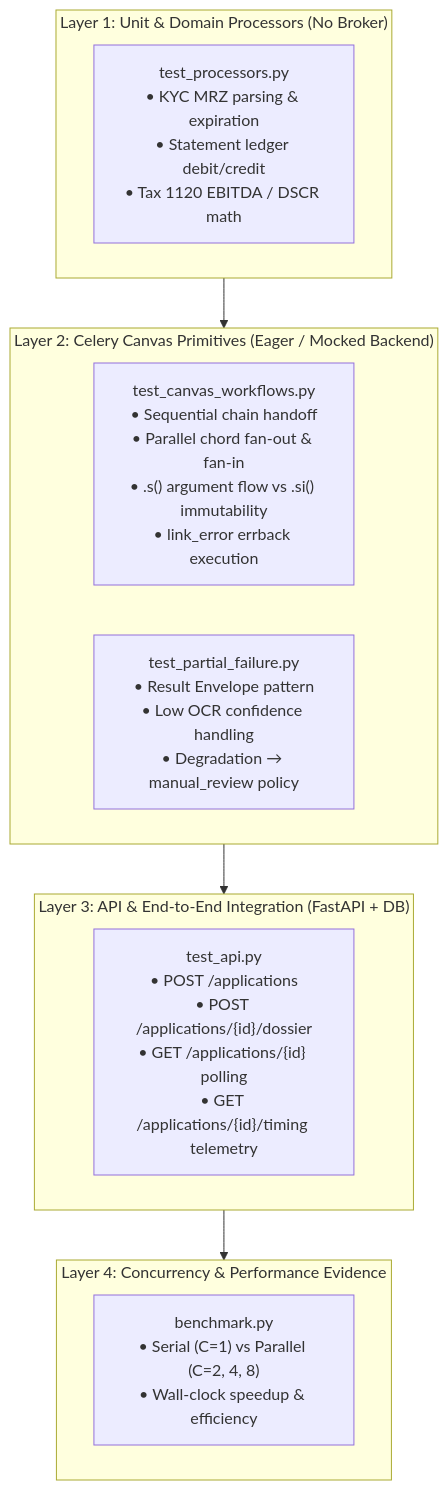
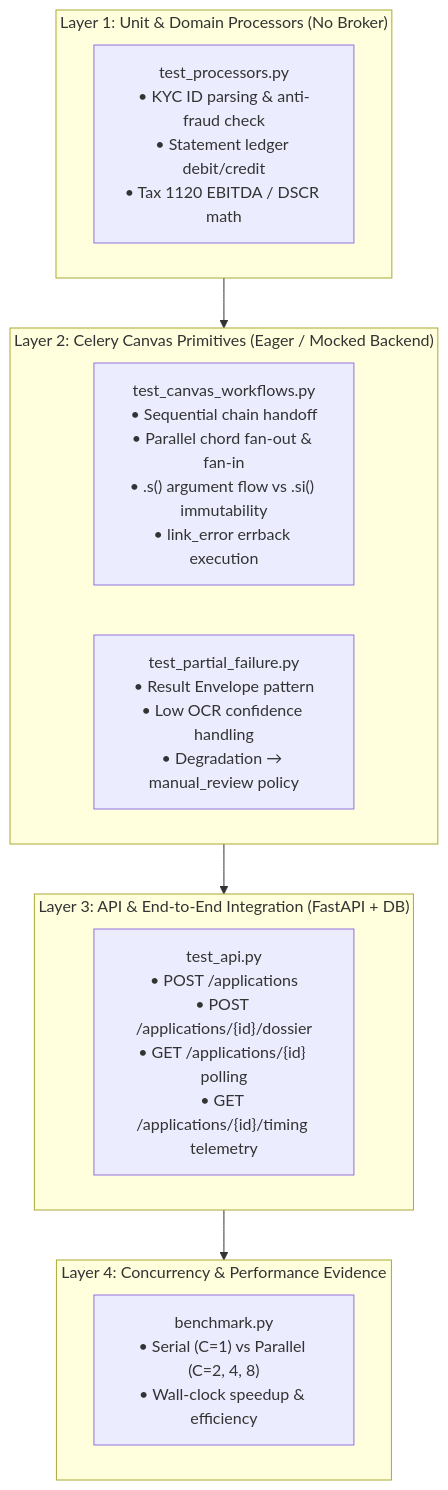
Before and after one commit to Santiagus/Python: the diagram in Celery/2_Advanced_Celery_Topics/02_workflows/TEST_PLAN.md, drawn with Mermaid. The commit also changed other lines of this file and 1 other file, not shown here.

Commit message:
chore: add some notes about the identity extraction & anti-fraud verification

````diff
--- a/Celery/2_Advanced_Celery_Topics/02_workflows/TEST_PLAN.md
+++ b/Celery/2_Advanced_Celery_Topics/02_workflows/TEST_PLAN.md
@@ -9,21 +13,22 @@
 ```mermaid
 flowchart TD
     subgraph L1["Layer 1: Unit & Domain Processors (No Broker)"]
         T1["test_processors.py<br/>• KYC MRZ parsing & expiration<br/>• Statement ledger debit/credit<br/>• Tax 1120 EBITDA / DSCR math"]
+        T1["test_processors.py<br/>• KYC ID parsing & anti-fraud check<br/>• Statement ledger debit/credit<br/>• Tax 1120 EBITDA / DSCR math"]
     end
 
     subgraph L2["Layer 2: Celery Canvas Primitives (Eager / Mocked Backend)"]
         T2["test_canvas_workflows.py<br/>• Sequential chain handoff<br/>• Parallel chord fan-out & fan-in<br/>• .s() argument flow vs .si() immutability<br/>• link_error errback execution"]
         T3["test_partial_failure.py<br/>• Result Envelope pattern<br/>• Low OCR confidence handling<br/>• Degradation → manual_review policy"]
     end
 
     subgraph L3["Layer 3: API & End-to-End Integration (FastAPI + DB)"]
         T4["test_api.py<br/>• POST /applications<br/>• POST /applications/{id}/dossier<br/>• GET /applications/{id} polling<br/>• GET /applications/{id}/timing telemetry"]
     end
 
     subgraph L4["Layer 4: Concurrency & Performance Evidence"]
         T5["benchmark.py<br/>• Serial (C=1) vs Parallel (C=2, 4, 8)<br/>• Wall-clock speedup & efficiency"]
     end
 
     L1 --> L2 --> L3 --> L4
 ```
````
